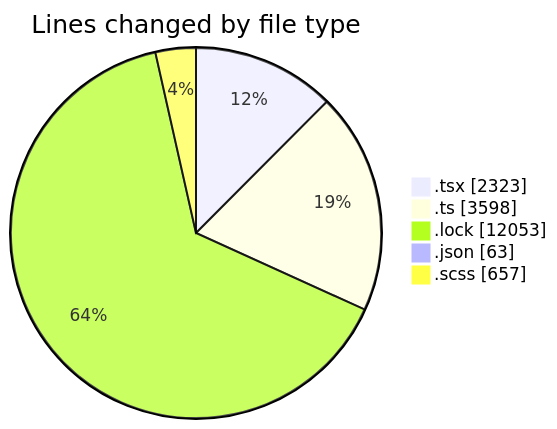
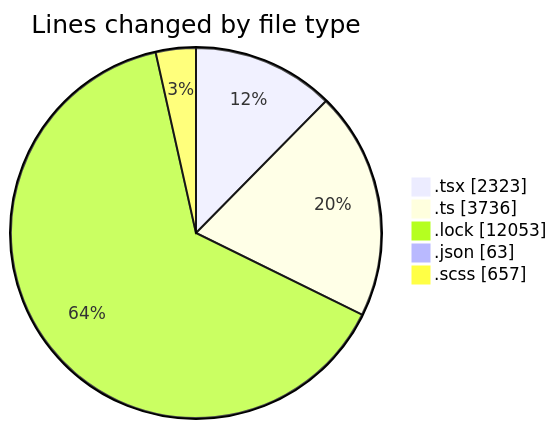
The first of 2 diagrams in 2025-12-03/cda/README.md (momahboobian/code-tracking), drawn with Mermaid before and after one commit. The commit also changed other lines of this file and 1 other file, not shown here.

````diff
--- a/2025-12-03/cda/README.md
+++ b/2025-12-03/cda/README.md
@@ -29,9 +29,9 @@
 ```mermaid
 pie showData
 title Lines changed by file type
 ".tsx" : 2323
-".ts" : 3598
+".ts" : 3736
 ".lock" : 12053
 ".json" : 63
 ".scss" : 657
 ```
````
